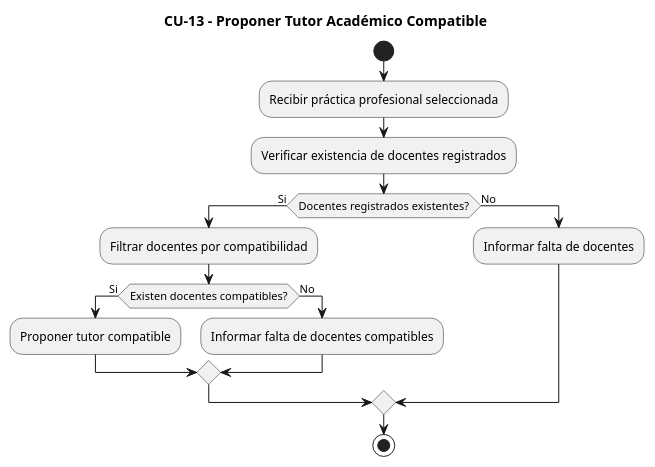
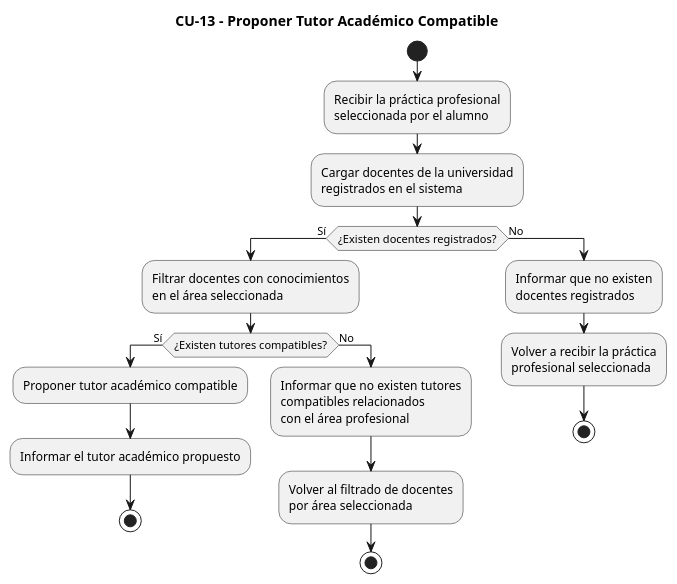
One commit to h3l333/proyecto-uppa changed the diagram in diagramas-de-actividad-puml/diagrama-actividad-cu13.puml. Above: the diagram before and after it, drawn with PlantUML. The commit also changed 15 other files, not shown here.

Commit message:
Enmienda diagramas de actividad

```diff
--- a/diagramas-de-actividad-puml/diagrama-actividad-cu13.puml
+++ b/diagramas-de-actividad-puml/diagrama-actividad-cu13.puml
@@ -1,20 +1,40 @@
-@startuml Diagrama_Actividad_CU13
+@startuml
 title CU-13 - Proponer Tutor Académico Compatible
 
-|Sistema|
+|Sistema de Gestión de Prácticas UPPA|
 start
-:Recibir práctica profesional seleccionada;
-:Verificar existencia de docentes registrados;
-if (Docentes registrados existentes?) then (Si)
-  :Filtrar docentes por compatibilidad;
-  if (Existen docentes compatibles?) then (Si)
-    :Proponer tutor compatible;
+
+:Recibir la práctica profesional
+seleccionada por el alumno;
+
+:Cargar docentes de la universidad
+registrados en el sistema;
+
+if (¿Existen docentes registrados?) then (Sí)
+  :Filtrar docentes con conocimientos
+  en el área seleccionada;
+
+  if (¿Existen tutores compatibles?) then (Sí)
+    :Proponer tutor académico compatible;
+    :Informar el tutor académico propuesto;
+    stop
+
   else (No)
-    :Informar falta de docentes compatibles;
+    :Informar que no existen tutores
+    compatibles relacionados
+    con el área profesional;
+
+    :Volver al filtrado de docentes
+    por área seleccionada;
+    stop
   endif
+
 else (No)
-  :Informar falta de docentes;
+  :Informar que no existen
+  docentes registrados;
+
+  :Volver a recibir la práctica
+  profesional seleccionada;
+  stop
 endif
-stop
-
 @enduml
```
